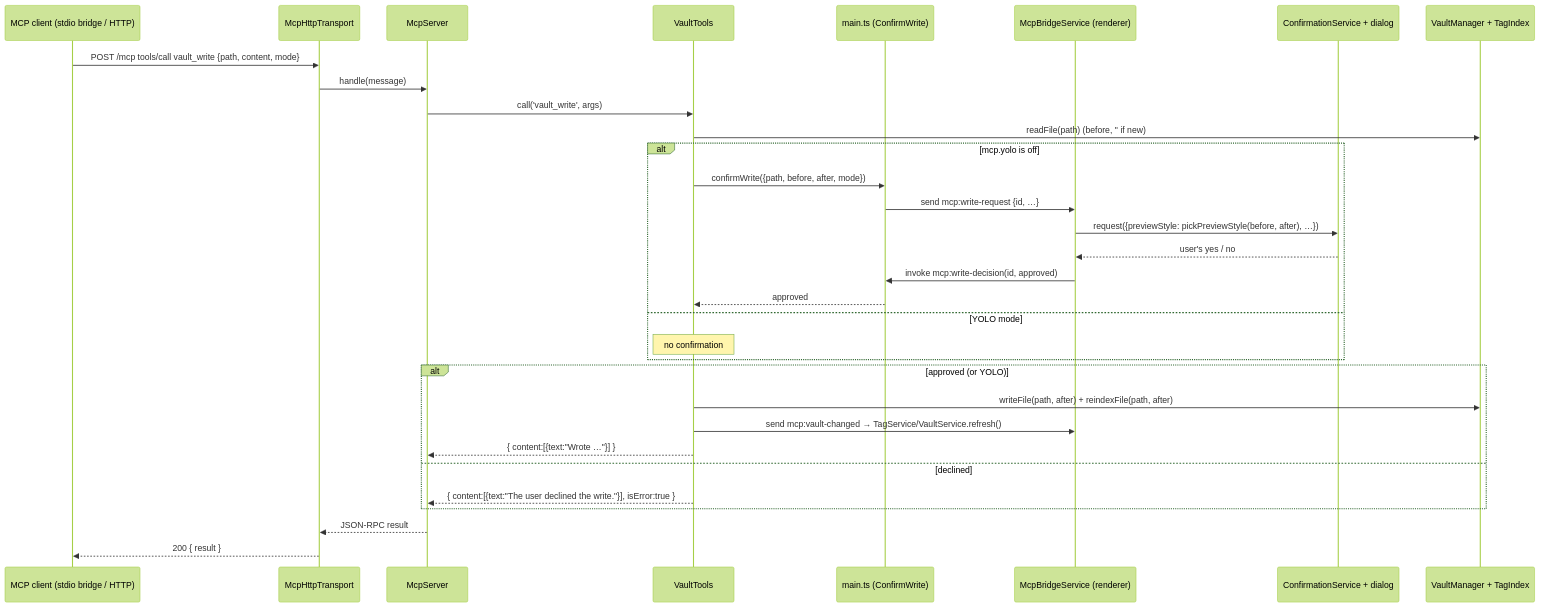
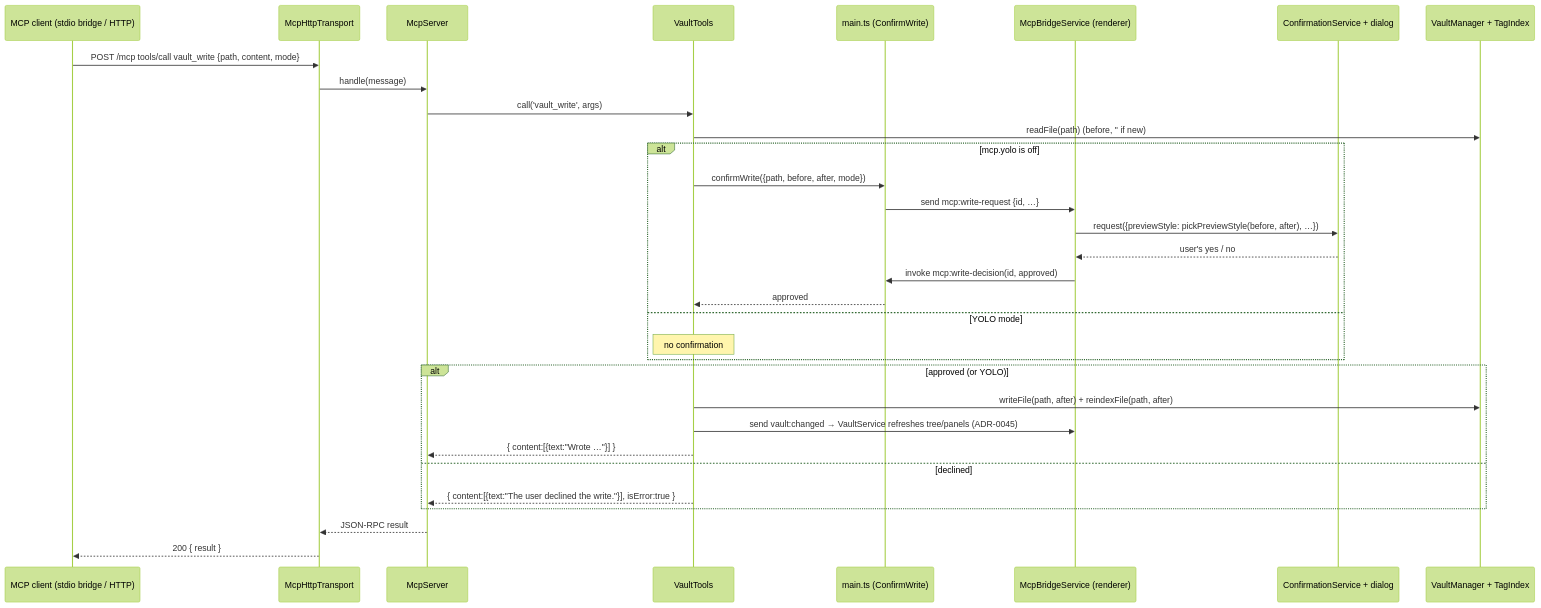
One commit to HenrikPuls/Drey changed diagram 17 of 32 in docs/06_runtime_view.md. Above: the diagram before and after it, drawn with Mermaid (forest theme). The commit also changed other lines of this file and 38 other files, not shown here.

First line of the commit message:
feat(vault): opt-in chokidar file watcher; manual refresh becomes a full round (req-14)

````diff
--- a/docs/06_runtime_view.md
+++ b/docs/06_runtime_view.md
@@ -859,35 +859,35 @@
 ```mermaid
 sequenceDiagram
     participant Client as MCP client (stdio bridge / HTTP)
     participant HTTP as McpHttpTransport
     participant Srv as McpServer
     participant Tools as VaultTools
     participant Main as main.ts (ConfirmWrite)
     participant Bridge as McpBridgeService (renderer)
     participant Conf as ConfirmationService + dialog
     participant Vault as VaultManager + TagIndex
 
     Client->>HTTP: POST /mcp  tools/call vault_write {path, content, mode}
     HTTP->>Srv: handle(message)
     Srv->>Tools: call('vault_write', args)
     Tools->>Vault: readFile(path)  (before, '' if new)
     alt mcp.yolo is off
         Tools->>Main: confirmWrite({path, before, after, mode})
         Main->>Bridge: send mcp:write-request {id, …}
         Bridge->>Conf: request({previewStyle: pickPreviewStyle(before, after), …})
         Conf-->>Bridge: user's yes / no
         Bridge->>Main: invoke mcp:write-decision(id, approved)
         Main-->>Tools: approved
     else YOLO mode
         Note over Tools: no confirmation
     end
     alt approved (or YOLO)
         Tools->>Vault: writeFile(path, after) + reindexFile(path, after)
-        Tools->>Bridge: send mcp:vault-changed → TagService/VaultService.refresh()
+        Tools->>Bridge: send vault:changed → VaultService refreshes tree/panels (ADR-0045)
         Tools-->>Srv: { content:[{text:"Wrote …"}] }
     else declined
         Tools-->>Srv: { content:[{text:"The user declined the write."}], isError:true }
     end
     Srv-->>HTTP: JSON-RPC result
     HTTP-->>Client: 200 { result }
 ```
````
